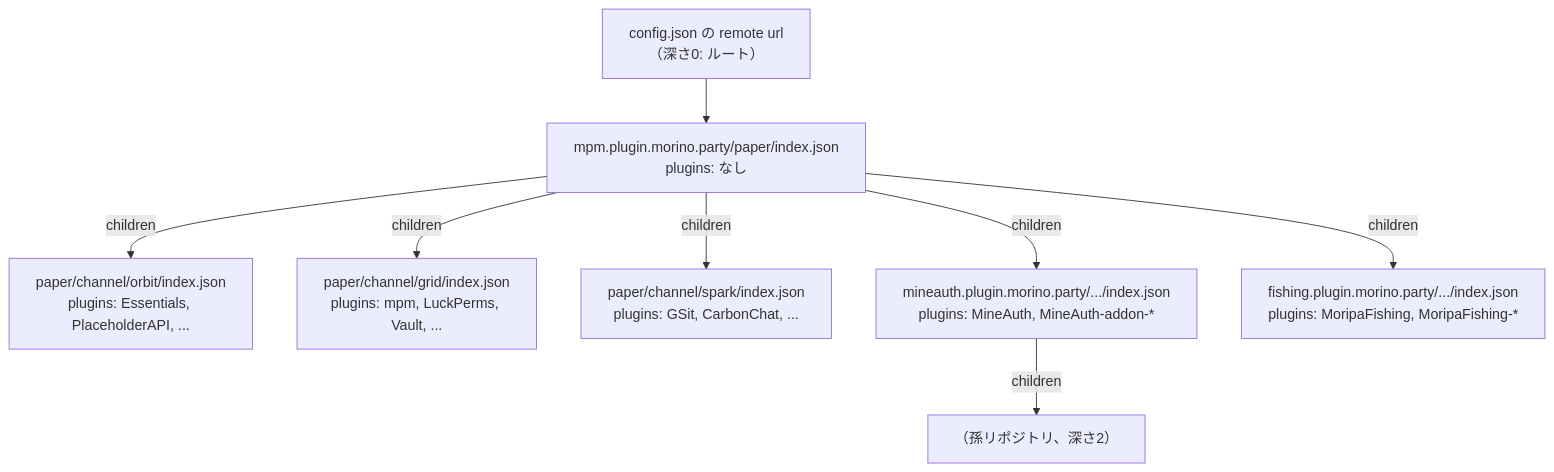
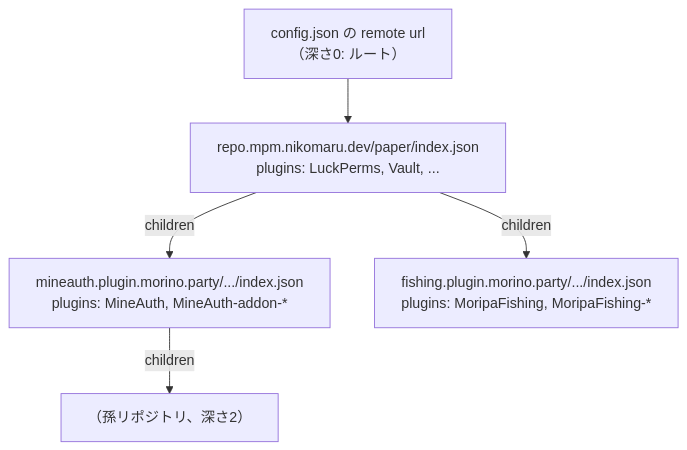
One commit to morinoparty/mpm changed the diagram in docs/content/docs/repository/graph.mdx. Above: the diagram before and after it, drawn with Mermaid. The commit also changed other lines of this file and 13 other files, not shown here.

Commit message:
🐛 Fix scheduler double-fire, Velocity optional flags, Hangar pattern platform, Velocity repo index and CI test reports

````diff
--- a/docs/content/docs/repository/graph.mdx
+++ b/docs/content/docs/repository/graph.mdx
@@ -98,10 +98,7 @@
 ```mermaid
 graph TD
-    R["config.json の remote url<br/>（深さ0: ルート）"] --> A["mpm.plugin.morino.party/paper/index.json<br/>plugins: なし"]
-    A -->|children| O["paper/channel/orbit/index.json<br/>plugins: Essentials, PlaceholderAPI, ..."]
-    A -->|children| G["paper/channel/grid/index.json<br/>plugins: mpm, LuckPerms, Vault, ..."]
-    A -->|children| S["paper/channel/spark/index.json<br/>plugins: GSit, CarbonChat, ..."]
+    R["config.json の remote url<br/>（深さ0: ルート）"] --> A["repo.mpm.nikomaru.dev/paper/index.json<br/>plugins: LuckPerms, Vault, ..."]
     A -->|children| B["mineauth.plugin.morino.party/.../index.json<br/>plugins: MineAuth, MineAuth-addon-*"]
     A -->|children| F["fishing.plugin.morino.party/.../index.json<br/>plugins: MoripaFishing, MoripaFishing-*"]
     B -->|children| C["（孫リポジトリ、深さ2）"]
 ```
````
